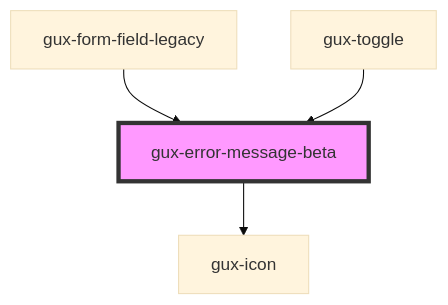
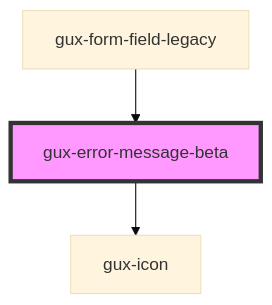
One commit to MyPureCloud/genesys-spark changed the diagram in packages/genesys-spark-components/src/components/beta/gux-error-message-beta/readme.md. Above: the diagram before and after it, drawn with Mermaid (base theme). The commit also changed other lines of this file and 4 other files, not shown here.

First line of the commit message:
fix(toggle): removing dependency on gux-error-message-beta component

````diff
--- a/packages/genesys-spark-components/src/components/beta/gux-error-message-beta/readme.md
+++ b/packages/genesys-spark-components/src/components/beta/gux-error-message-beta/readme.md
@@ -28,7 +27,6 @@
 ```mermaid
 graph TD;
   gux-error-message-beta --> gux-icon
   gux-form-field-legacy --> gux-error-message-beta
-  gux-toggle --> gux-error-message-beta
   style gux-error-message-beta fill:#f9f,stroke:#333,stroke-width:4px
 ```
````
